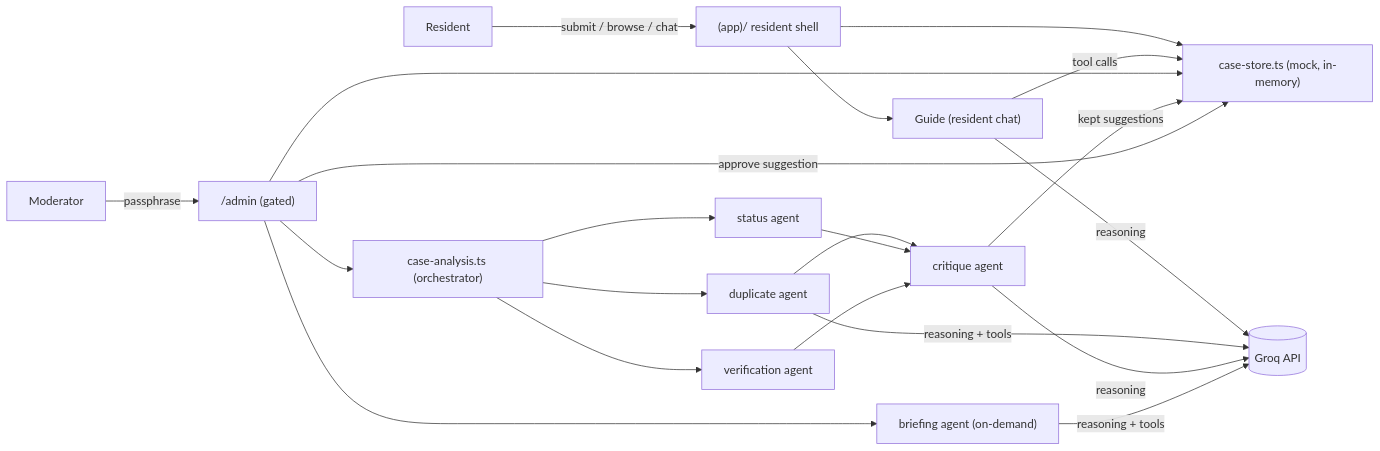
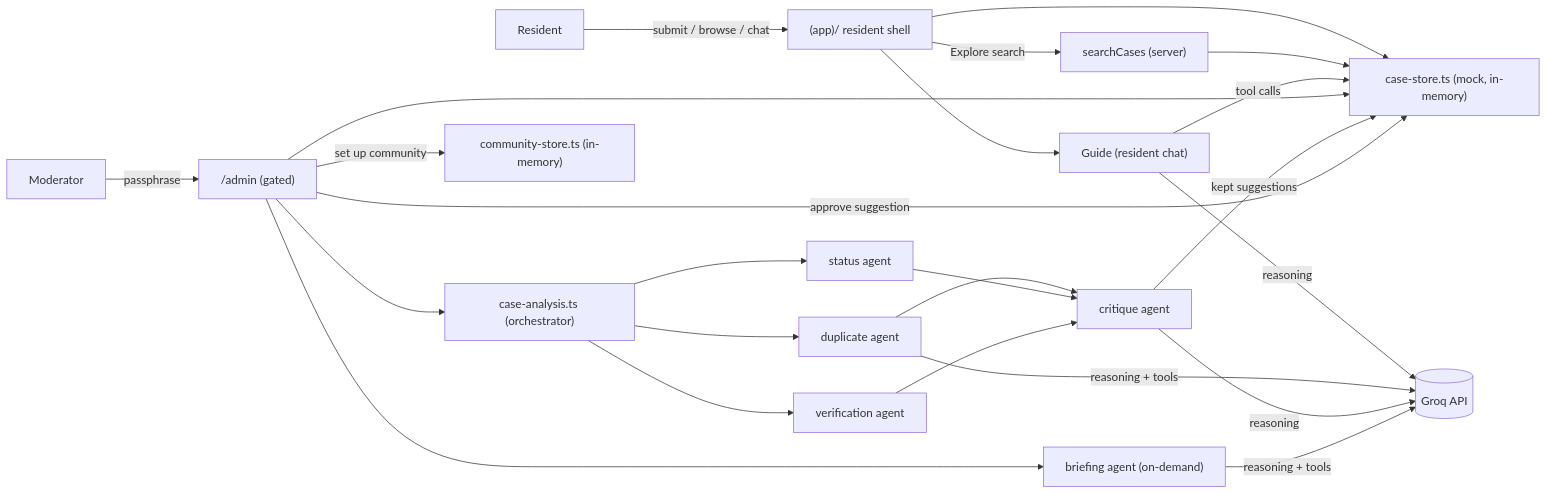
One commit to Bhakti864653/commonground changed the diagram in README.md. Above: the diagram before and after it, drawn with Mermaid. The commit also changed other lines of this file and 10 other files, not shown here.

````diff
--- a/README.md
+++ b/README.md
@@ -62,21 +91,24 @@
 ```mermaid
 flowchart LR
   Resident -->|submit / browse / chat| AppShell["(app)/ resident shell"]
   AppShell --> Store["case-store.ts (mock, in-memory)"]
+  AppShell -->|Explore search| Search["searchCases (server)"]
+  Search --> Store
   AppShell --> Guide["Guide (resident chat)"]
   Guide -->|tool calls| Store
   Guide -->|reasoning| Groq[(Groq API)]
   Moderator -->|passphrase| Admin["/admin (gated)"]
   Admin --> Store
   Admin --> Orchestrator["case-analysis.ts (orchestrator)"]
   Orchestrator --> DupAgent["duplicate agent"]
   Orchestrator --> StatusAgent["status agent"]
   Orchestrator --> VerifyAgent["verification agent"]
   DupAgent & StatusAgent & VerifyAgent --> Critique["critique agent"]
   Critique -->|kept suggestions| Store
   DupAgent -->|reasoning + tools| Groq
   Critique -->|reasoning| Groq
   Admin --> Briefing["briefing agent (on-demand)"]
   Briefing -->|reasoning + tools| Groq
   Admin -->|approve suggestion| Store
+  Admin -->|set up community| Communities["community-store.ts (in-memory)"]
 ```
````
